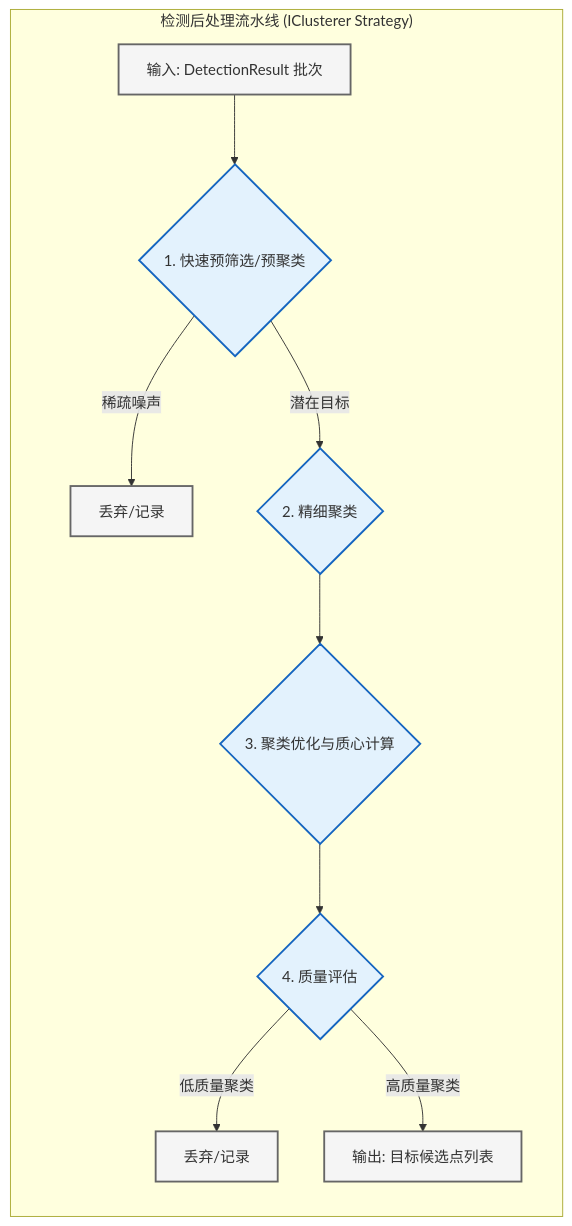
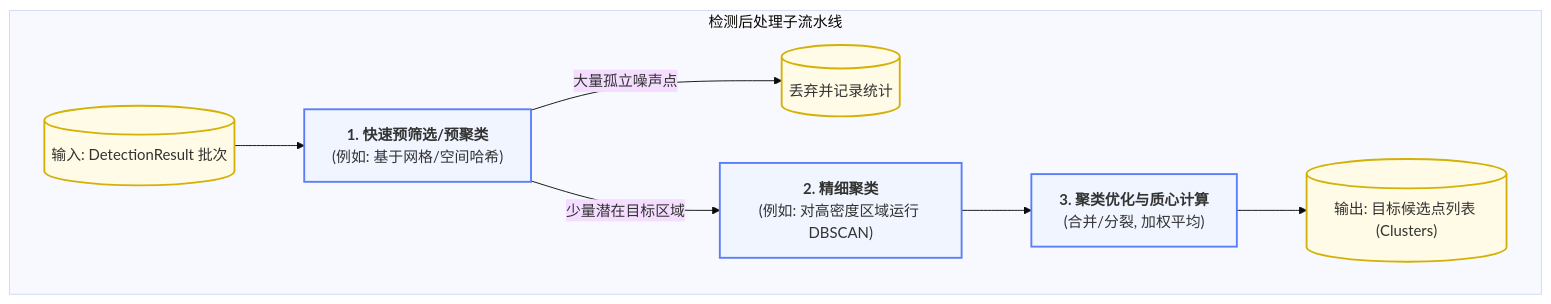
The sixth of 11 diagrams in docs/01_项目设计/02_模块设计/03_数据处理模块设计.md (wendizhou99-cell/Radar), drawn with Mermaid before and after one commit. The commit also changed other lines of this file and 26 other files, not shown here.

First line of the commit message:
docs: 完成数据架构文档系列重构和Mermaid可视化指南增强

````diff
--- a/docs/01_项目设计/02_模块设计/03_数据处理模块设计.md
+++ b/docs/01_项目设计/02_模块设计/03_数据处理模块设计.md
@@ -344,19 +480,28 @@
 ```mermaid
-flowchart TB
-    subgraph "检测后处理流水线 (IClusterer Strategy)"
-        direction TB
+---
+  config:
+    theme: base
+    flowchart:
+      curve: basis
+---
+flowchart TD
+    %% --- 图例 (上下文颜色语义) ---
+    %% 数据实体 (浅黄)
+    %% 算法策略 (淡紫)
 
-        A[输入: DetectionResult 批次] --> B{1. 快速预筛选/预聚类};
-        B -- "稀疏噪声" --> B_OUT[丢弃/记录];
-        B -- "潜在目标" --> C{2. 精细聚类};
-        C --> D{3. 聚类优化与质心计算};
-        D --> E{4. 质量评估};
-        E -- "低质量聚类" --> E_OUT[丢弃/记录];
-        E -- "高质量聚类" --> F[输出: 目标候选点列表];
+    subgraph "检测后处理子流水线"
+        A[("输入: DetectionResult 批次")] --> B["<b>1. 快速预筛选/预聚类</b><br/>(例如: 基于网格/空间哈希)"]
+        B -- "大量孤立噪声点" --> B_OUT[("丢弃并记录统计")]
+        B -- "少量潜在目标区域" --> C["<b>2. 精细聚类</b><br/>(例如: 对高密度区域运行 DBSCAN)"]
+        C --> D["<b>3. 聚类优化与质心计算</b><br/>(合并/分裂, 加权平均)"]
+        D --> E[("输出: 目标候选点列表 (Clusters)")]
     end
 
-    classDef step fill:#e3f2fd,stroke:#1565c0,stroke-width:2px;
-    classDef out fill:#f5f5f5,stroke:#666,stroke-width:2px;
-    class B,C,D,E step;
-    class A,F,B_OUT,E_OUT out;
+    %% --- 标准 classDef 模板 ---
+    classDef role_C fill:#fffbe6,stroke:#d4b106,stroke-width:2px
+    classDef role_D fill:#f0f5ff,stroke:#597ef7,stroke-width:2px
+
+    %% --- 样式应用 ---
+    class A,B_OUT,E role_C
+    class B,C,D role_D
 ```
````
